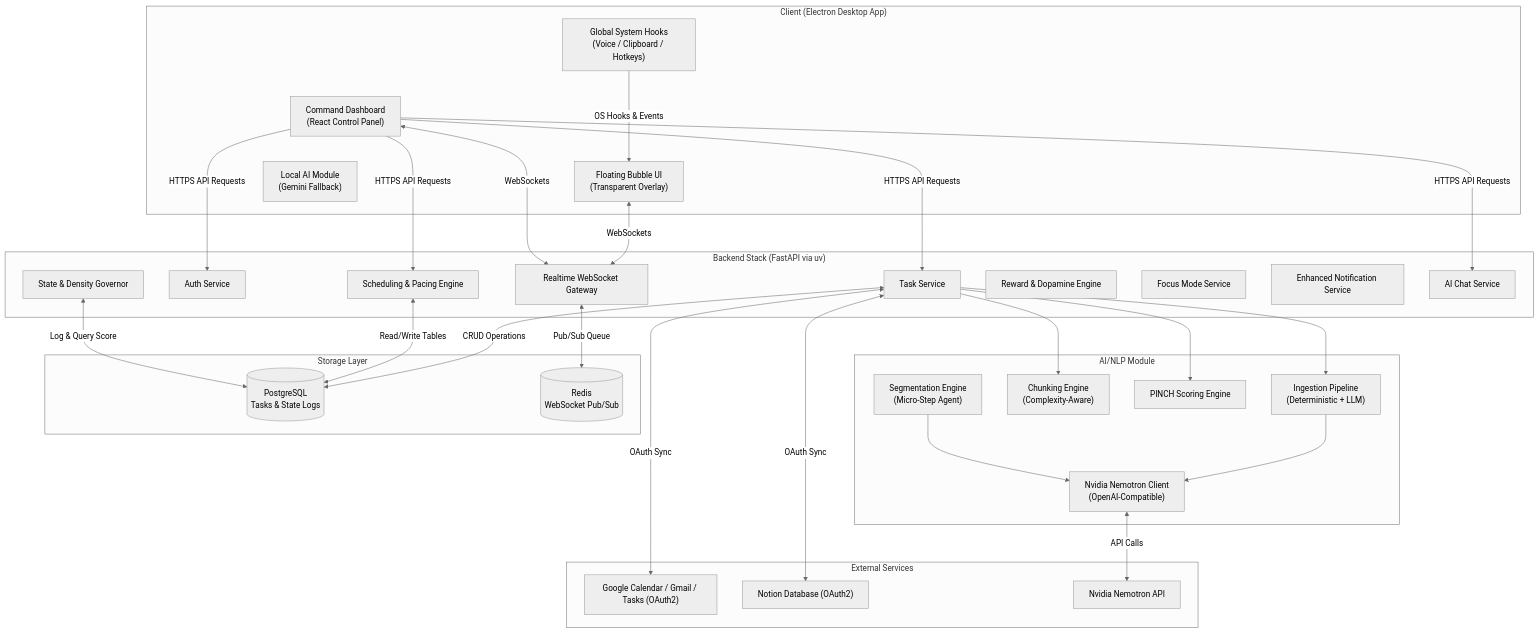
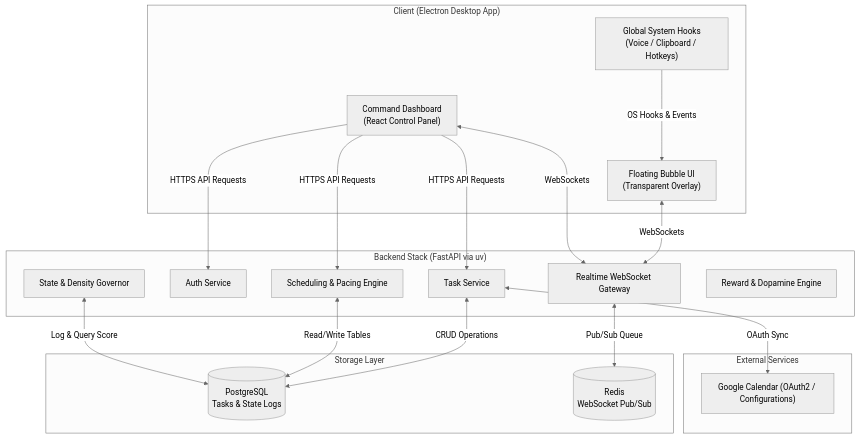
The first of 5 diagrams in README.md (Momen959/Dopa_Pal), drawn with Mermaid (neutral theme) before and after one commit. The commit also changed other lines of this file and 26 other files, not shown here.

````diff
--- a/README.md
+++ b/README.md
@@ -227,64 +65,41 @@
 ```mermaid
 graph TB
     subgraph Client ["Client (Electron Desktop App)"]
         FB["Floating Bubble UI<br/>(Transparent Overlay)"]
         CD["Command Dashboard<br/>(React Control Panel)"]
         GH["Global System Hooks<br/>(Voice / Clipboard / Hotkeys)"]
-        LM["Local AI Module<br/>(Gemini Fallback)"]
     end
 
     subgraph Backend ["Backend Stack (FastAPI via uv)"]
         RGW["Realtime WebSocket Gateway"]
         AuthS["Auth Service"]
         TaskS["Task Service"]
         SchedE["Scheduling & Pacing Engine"]
         StateE["State & Density Governor"]
         RewardS["Reward & Dopamine Engine"]
-        FocusS["Focus Mode Service"]
-        NotifS["Enhanced Notification Service"]
-        ChatS["AI Chat Service"]
-    end
-
-    subgraph AI ["AI/NLP Module"]
-        IngP["Ingestion Pipeline<br/>(Deterministic + LLM)"]
-        Chunk["Chunking Engine<br/>(Complexity-Aware)"]
-        Pinch["PINCH Scoring Engine"]
-        Seg["Segmentation Engine<br/>(Micro-Step Agent)"]
-        LLM["Nvidia Nemotron Client<br/>(OpenAI-Compatible)"]
     end
 
     subgraph External ["External Services"]
-        GCal["Google Calendar / Gmail / Tasks (OAuth2)"]
-        Notion["Notion Database (OAuth2)"]
-        Nvidia["Nvidia Nemotron API"]
+        GCal["Google Calendar (OAuth2 / Configurations)"]
     end
 
     subgraph Storage ["Storage Layer"]
         Postgres[(PostgreSQL<br/>Tasks & State Logs)]
         Redis[(Redis<br/>WebSocket Pub/Sub)]
     end
 
     %% Client Communication
     FB <-->|WebSockets| RGW
     CD <-->|WebSockets| RGW
-    CD --->|HTTPS API Requests| AuthS & TaskS & SchedE & ChatS
+    CD --->|HTTPS API Requests| AuthS & TaskS & SchedE
     GH --->|OS Hooks & Events| FB
-
-    %% Backend to AI
-    TaskS --> IngP
-    TaskS --> Chunk
-    TaskS --> Pinch
-    IngP --> LLM
-    Seg --> LLM
 
     %% Backend Internals & Storage
     RGW <-->|Pub/Sub Queue| Redis
     TaskS <-->|CRUD Operations| Postgres
     SchedE <-->|Read/Write Tables| Postgres
     StateE <-->|Log & Query Score| Postgres
 
     %% Backend to External
     TaskS <-->|OAuth Sync| GCal
-    TaskS <-->|OAuth Sync| Notion
-    LLM <-->|API Calls| Nvidia
 ```
````
